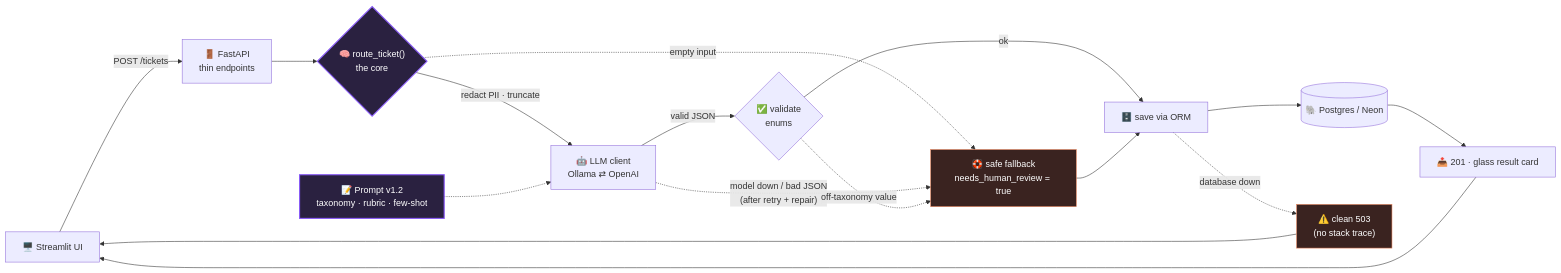
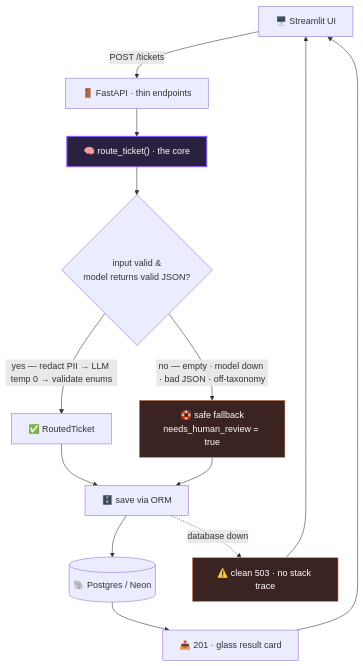
Before and after one commit to shahbhavya7/Odyssey-STR: the first of 2 diagrams in README.md, drawn with Mermaid. The commit also changed other lines of this file, not shown here.

````diff
--- a/README.md
+++ b/README.md
@@ -58,27 +58,23 @@
 ```mermaid
-flowchart LR
-    U["🖥️ Streamlit UI"] -->|POST /tickets| A["🚪 FastAPI<br/>thin endpoints"]
-    A --> C{"🧠 route_ticket()<br/>the core"}
+flowchart TB
+    U["🖥️ Streamlit UI"] -->|POST /tickets| A["🚪 FastAPI · thin endpoints"]
+    A --> C["🧠 route_ticket() · the core"]
+    C --> G{"input valid &<br/>model returns valid JSON?"}
 
-    C -->|"redact PII · truncate"| L["🤖 LLM client<br/>Ollama ⇄ OpenAI"]
-    P["📝 Prompt v1.2<br/>taxonomy · rubric · few-shot"] -.-> L
+    G -->|"yes — redact PII → LLM temp 0 → validate enums"| OK["✅ RoutedTicket"]
+    G -->|"no — empty · model down · bad JSON · off-taxonomy"| FB["🛟 safe fallback<br/>needs_human_review = true"]
 
-    L -->|valid JSON| V{"✅ validate<br/>enums"}
-    V -->|ok| S["🗄️ save via ORM"]
+    OK --> S["🗄️ save via ORM"]
+    FB --> S
     S --> DB[("🐘 Postgres / Neon")]
-    DB --> OK["📤 201 · glass result card"]
-    OK --> U
+    S -. "database down" .-> E["⚠️ clean 503 · no stack trace"]
 
-    C -. "empty input" .-> FB["🛟 safe fallback<br/>needs_human_review = true"]
-    L -. "model down / bad JSON<br/>(after retry + repair)" .-> FB
-    V -. "off-taxonomy value" .-> FB
-    FB --> S
-
-    S -. "database down" .-> E["⚠️ clean 503<br/>(no stack trace)"]
+    DB --> R["📤 201 · glass result card"]
+    R --> U
     E --> U
 
     classDef core fill:#2a2140,stroke:#8A5CF6,stroke-width:2px,color:#fff;
     classDef fail fill:#3a2320,stroke:#E8845B,color:#fff;
-    class C,P core;
+    class C core;
     class FB,E fail;
 ```
````
